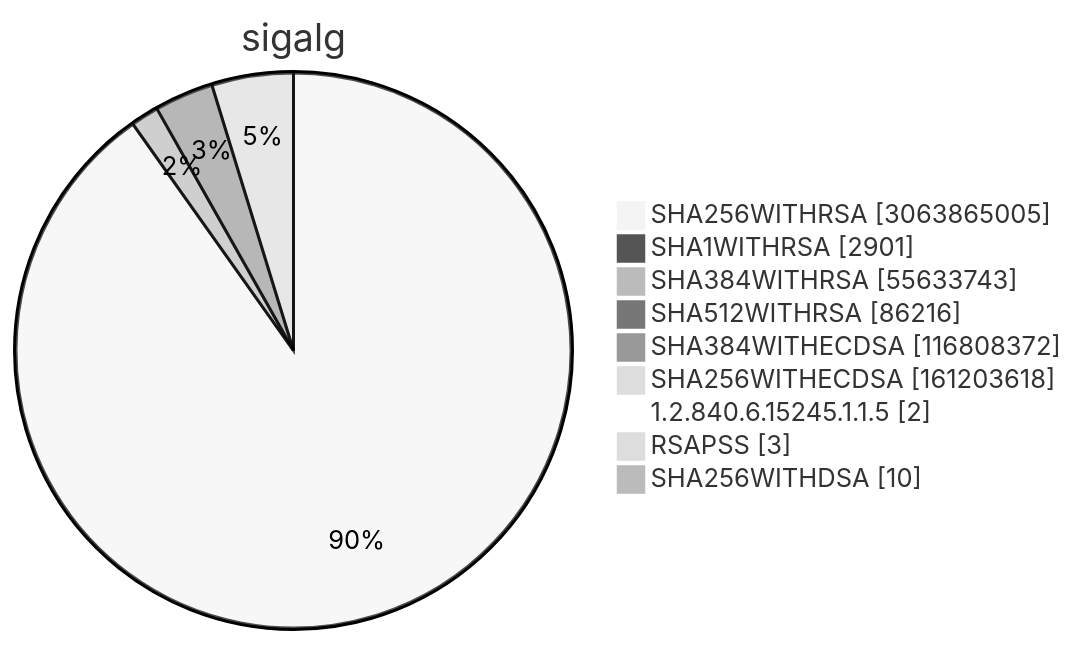
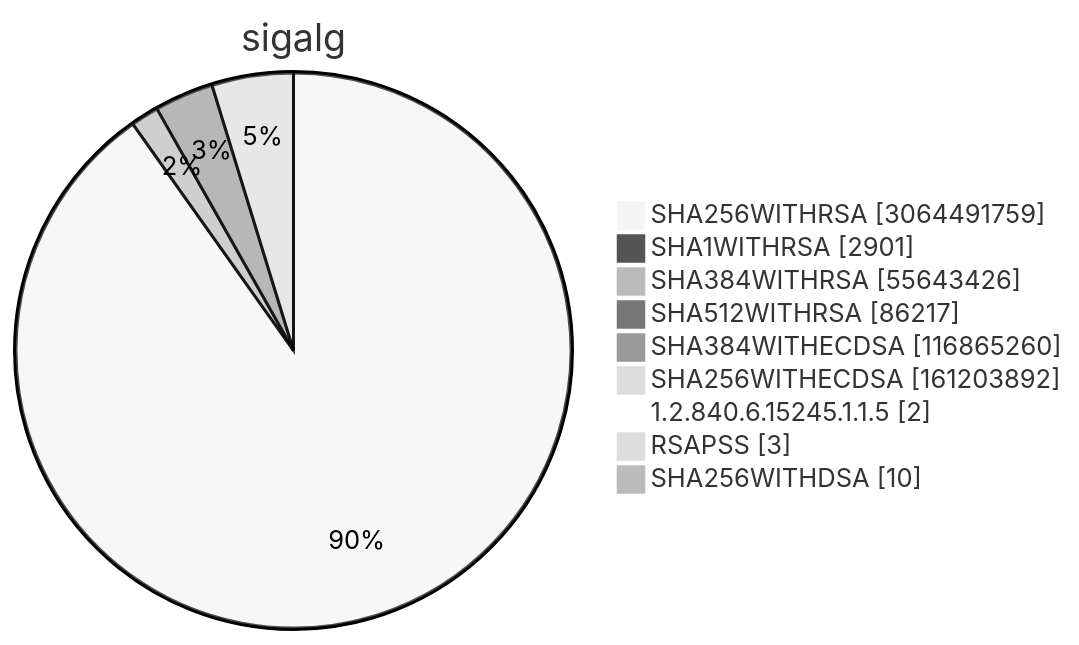
Before and after one commit to christiankrug/ctmonitor_visualization: diagram 15 of 15 in TOTAL/README.md, drawn with Mermaid (neutral theme). The commit also changed other lines of this file, not shown here.

````diff
--- a/TOTAL/README.md
+++ b/TOTAL/README.md
@@ -6209,13 +6209,13 @@
 ```mermaid
 pie showData
 title sigalg
-"SHA256WITHRSA" :3063865005
+"SHA256WITHRSA" :3064491759
 "SHA1WITHRSA" :2901
-"SHA384WITHRSA" :55633743
-"SHA512WITHRSA" :86216
-"SHA384WITHECDSA" :116808372
-"SHA256WITHECDSA" :161203618
+"SHA384WITHRSA" :55643426
+"SHA512WITHRSA" :86217
+"SHA384WITHECDSA" :116865260
+"SHA256WITHECDSA" :161203892
 "1.2.840.6.15245.1.1.5" :2
 "RSAPSS" :3
 "SHA256WITHDSA" :10
 ```
````
